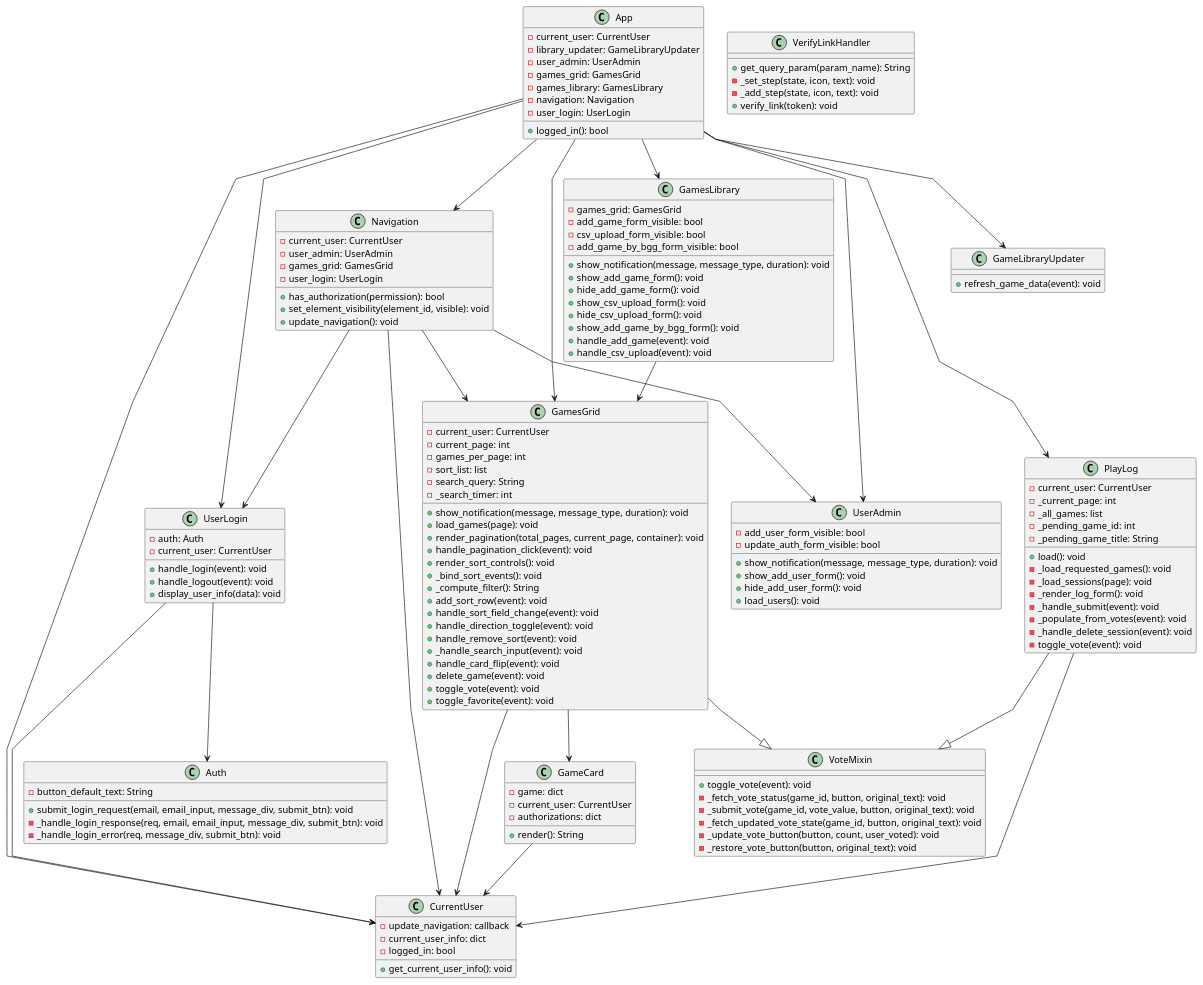
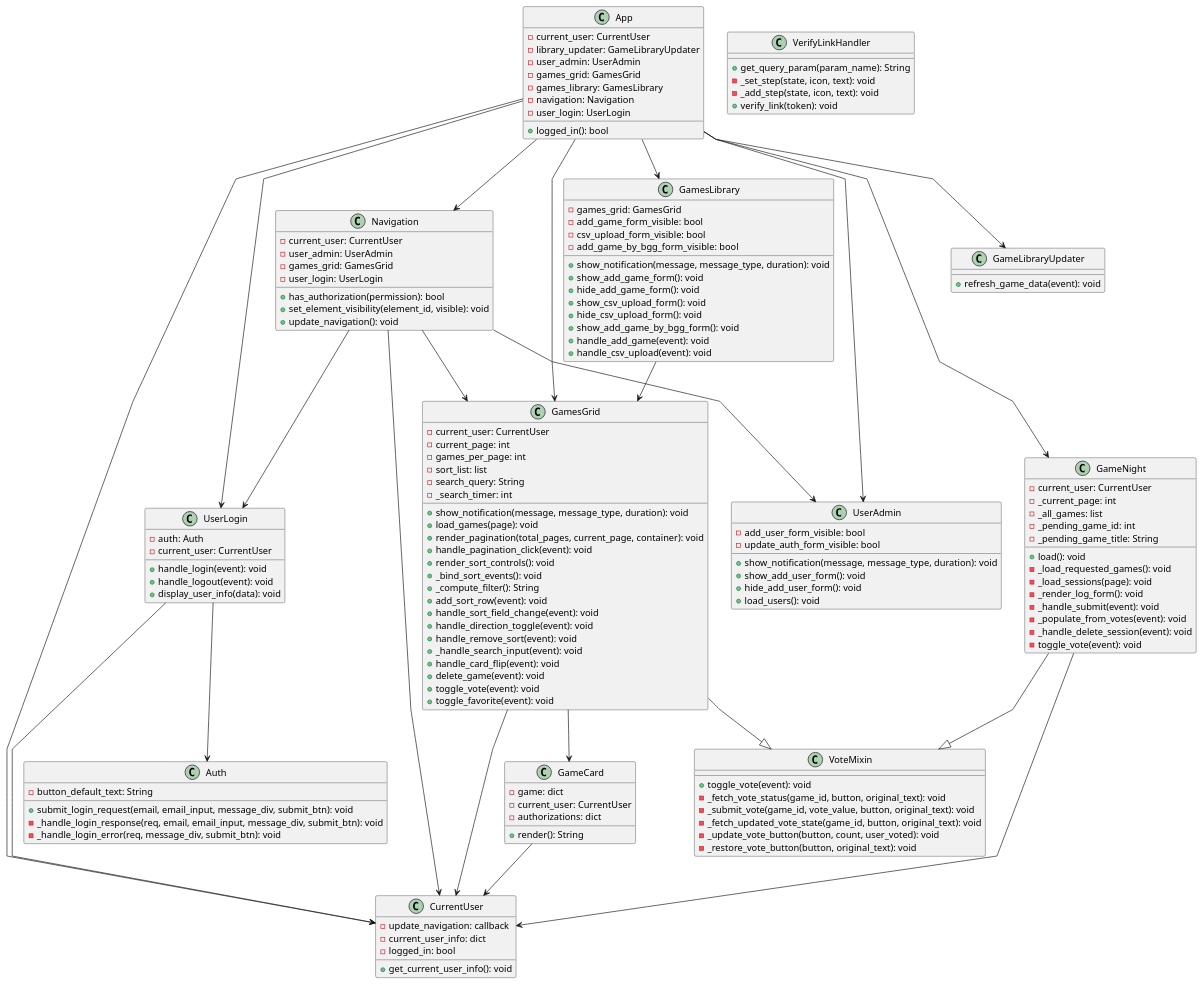
Before and after one commit to leshmark/gamegroup: the fourth of 6 diagrams in Game Group Site.md, drawn with PlantUML. The commit also changed other lines of this file and 12 other files, not shown here.

Commit message:
Renamed Play Log to Game Night

````diff
--- a/Game Group Site.md
+++ b/Game Group Site.md
@@ -421,7 +421,7 @@
     + load_users(): void
 }
 
-class PlayLog {
+class GameNight {
     - current_user: CurrentUser
     - _current_page: int
     - _all_games: list
@@ -464,7 +464,7 @@
 App --> GamesGrid
 App --> UserAdmin
 App --> GameLibraryUpdater
-App --> PlayLog
+App --> GameNight
 UserLogin --> Auth
 UserLogin --> CurrentUser
 Navigation --> CurrentUser
@@ -475,8 +475,8 @@
 GamesGrid --> CurrentUser
 GamesGrid --> GameCard
 GamesGrid --|> VoteMixin
-PlayLog --> CurrentUser
-PlayLog --|> VoteMixin
+GameNight --> CurrentUser
+GameNight --|> VoteMixin
 GameCard --> CurrentUser
 @enduml
 ```
````
